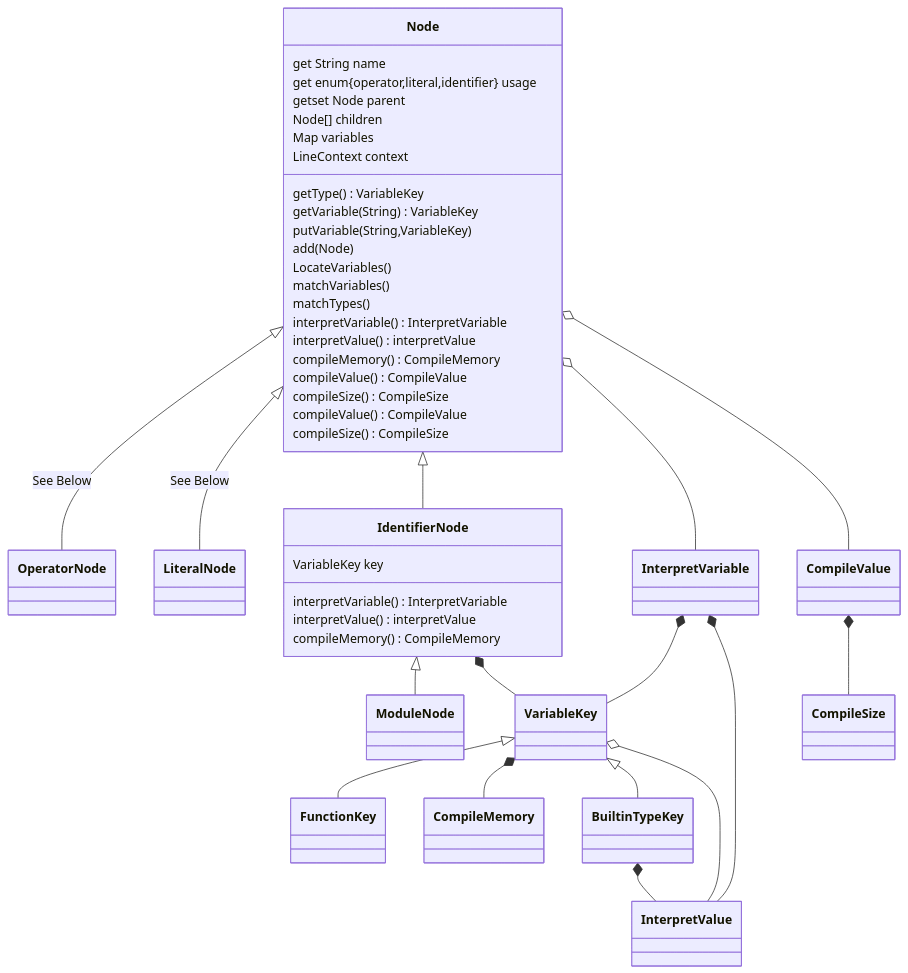
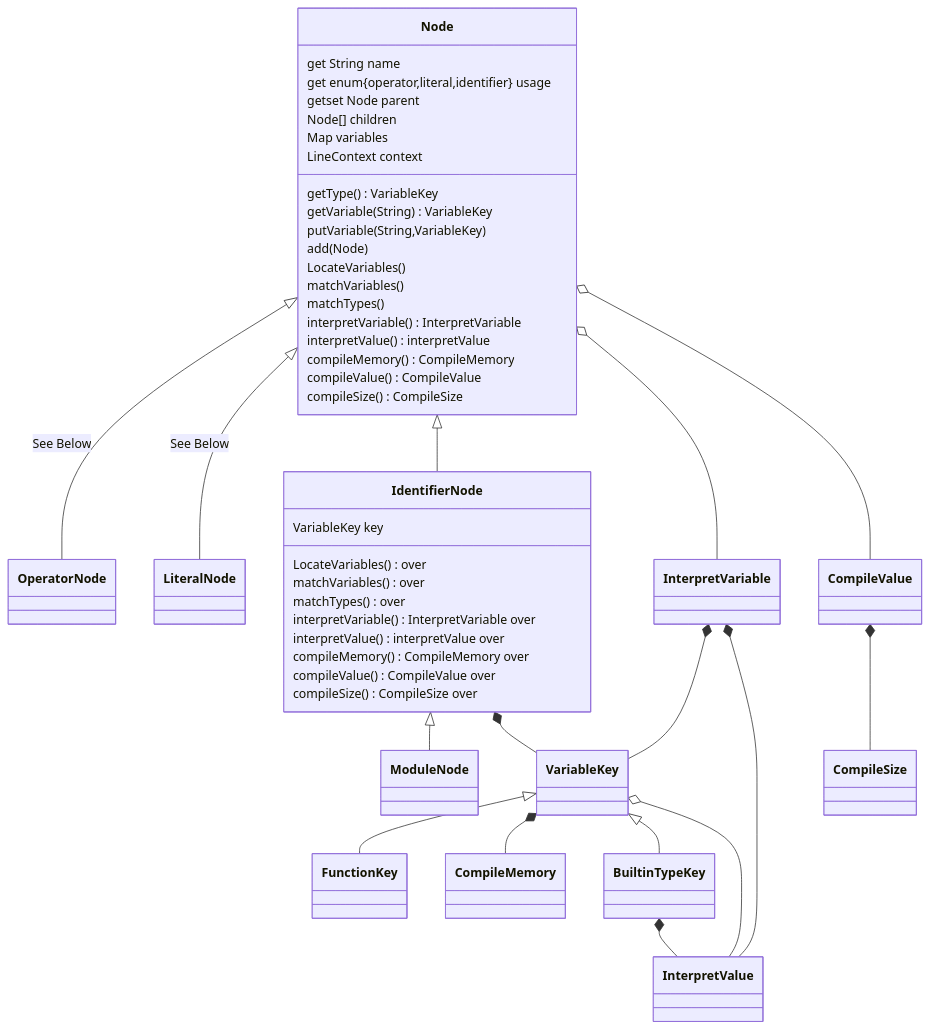
Before and after one commit to Jzhyang1/Monomer: the first of 4 diagrams in README.md, drawn with Mermaid. The commit also changed other lines of this file, not shown here.

Commit message:
README.md updated from https://stackedit.io/

````diff
--- a/README.md
+++ b/README.md
@@ -239,45 +239,48 @@
 ```mermaid
 classDiagram
 Node <|-- OperatorNode: See Below
 Node <|-- LiteralNode: See Below
 Node <|-- IdentifierNode
 Node o-- InterpretVariable
 IdentifierNode <|-- ModuleNode
 IdentifierNode *-- VariableKey
 VariableKey <|-- FunctionKey
 VariableKey *-- CompileMemory
 VariableKey <|-- BuiltinTypeKey
 BuiltinTypeKey *-- InterpretValue
 VariableKey o-- InterpretValue
 InterpretVariable *-- VariableKey
 CompileValue *-- CompileSize
 Node o-- CompileValue
 InterpretVariable *-- InterpretValue
 
 Node: get String name
 Node: get enum{operator,literal,identifier} usage
 Node: getset Node parent
 Node: Node[] children
 Node: Map<String, VariableKey> variables
 Node: LineContext context
 Node: getType() VariableKey
 Node: getVariable(String) VariableKey
 Node: putVariable(String,VariableKey)
 Node: add(Node)
 Node: LocateVariables()
 Node: matchVariables()
 Node: matchTypes()
 Node: interpretVariable() InterpretVariable
 Node: interpretValue() interpretValue
 Node: compileMemory() CompileMemory
 Node: compileValue() CompileValue
 Node: compileSize() CompileSize
 
 IdentifierNode: VariableKey key
-IdentifierNode: interpretVariable() InterpretVariable
-IdentifierNode: interpretValue() interpretValue
-IdentifierNode: compileMemory() CompileMemory
-Node: compileValue() CompileValue
-Node: compileSize() CompileSize
+IdentifierNode: LocateVariables() over
+IdentifierNode: matchVariables() over
+IdentifierNode: matchTypes() over
+IdentifierNode: interpretVariable() InterpretVariable over
+IdentifierNode: interpretValue() interpretValue over
+IdentifierNode: compileMemory() CompileMemory over
+IdentifierNode: compileValue() CompileValue over
+IdentifierNode: compileSize() CompileSize over
 
 ```
````
